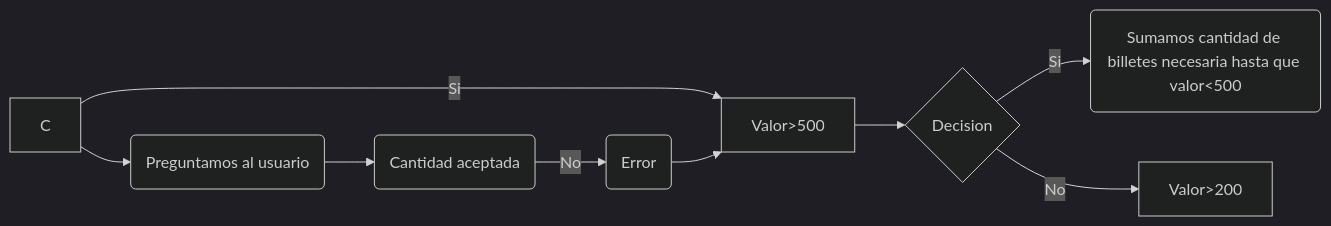
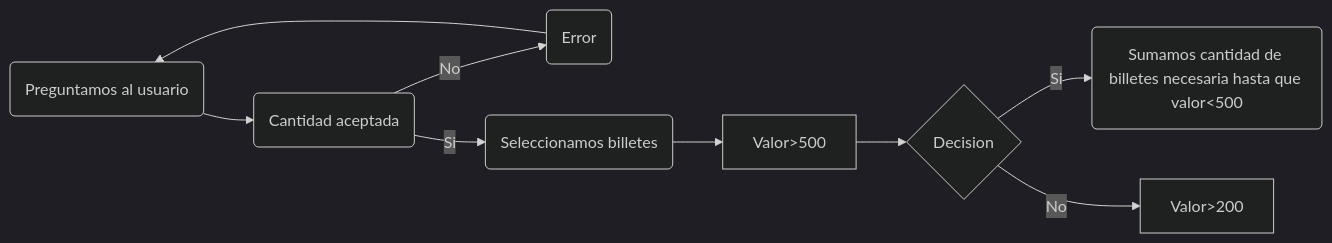
Before and after one commit to PachecoASIR/Diagramas: the first of 2 diagrams in README.md, drawn with Mermaid (dark theme).

````diff
--- a/README.md
+++ b/README.md
@@ -9,11 +9,11 @@
 ```mermaid
 flowchart LR
     A(Preguntamos al usuario) -->B(Cantidad aceptada)
-    B -->|No| D(Error)
-    C -->|Si| E(Seleccionamos billetes)
+    B -->|No| C(Error)
+    B -->|Si| D(Seleccionamos billetes)
     C --> A
     D --> E[Valor>500]
     E --> F{Decision}
     F -->|Si| G(Sumamos cantidad de billetes necesaria hasta que valor<500)
     F --> |No| H[Valor>200]
 ```
````
